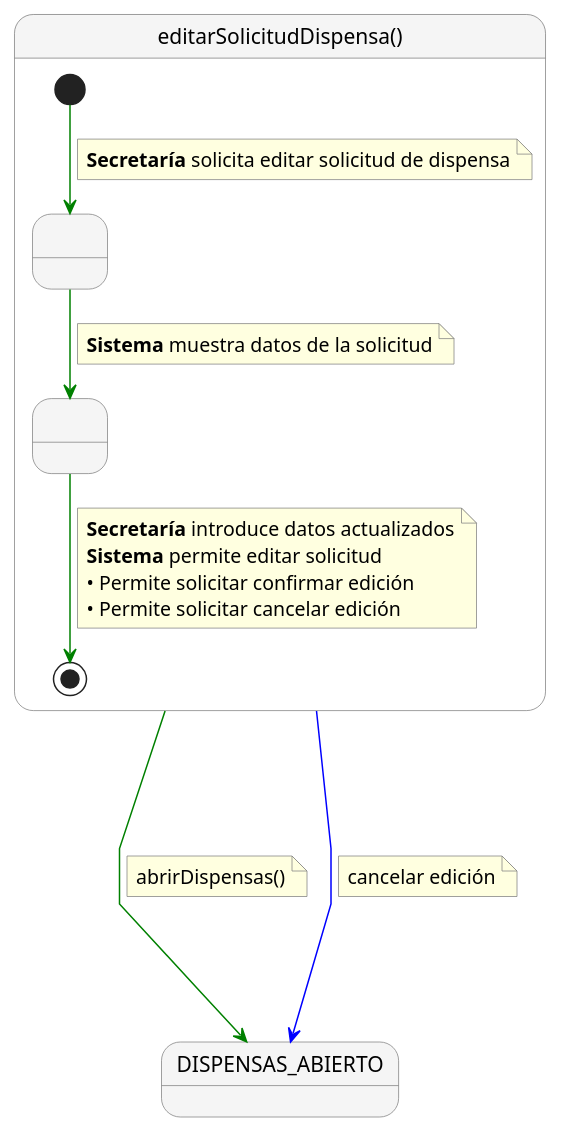
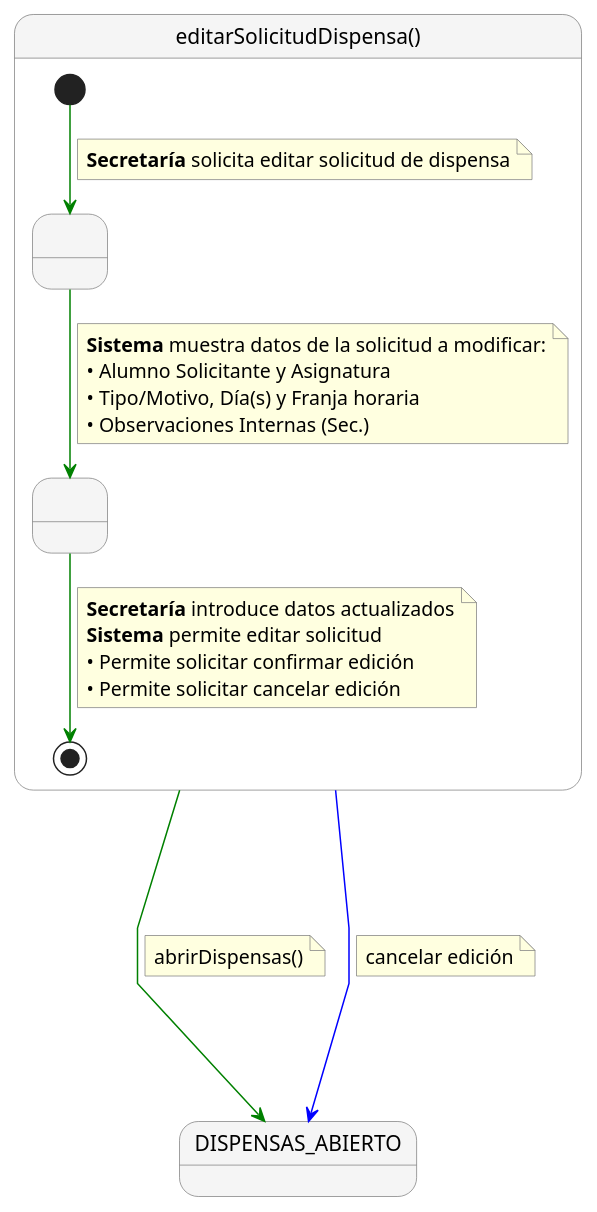
Before and after one commit to jerdier/25-26-idsw2-sdVC: the diagram in documents/requisitado/02-detalle/Secretaria/editarSolicitudDispensa.puml, drawn with PlantUML. The commit also changed 261 other files, not shown here.

```diff
--- a/documents/requisitado/02-detalle/Secretaria/editarSolicitudDispensa.puml
+++ b/documents/requisitado/02-detalle/Secretaria/editarSolicitudDispensa.puml
@@ -1,45 +1,48 @@
 @startuml
 skinparam nodesep 60
 skinparam ranksep 60
 skinparam linetype polyline
 skinparam NoteBackgroundColor lightyellow
 skinparam NoteBorderColor gray
 skinparam StateBackgroundColor #F5F5F5
 skinparam StateBorderColor gray
 
 state "editarSolicitudDispensa()" as editarSolicitudDispensa {
-
+   
     state " " as Paso1
     state " " as Paso2
-
+   
     [*] -[#green]-> Paso1
     note on link
       <b>Secretaría</b> solicita editar solicitud de dispensa
     end note
-
+   
     Paso1 -[#green]-> Paso2
     note on link
-      <b>Sistema</b> muestra datos de la solicitud
+      <b>Sistema</b> muestra datos de la solicitud a modificar:
+      • Alumno Solicitante y Asignatura
+      • Tipo/Motivo, Día(s) y Franja horaria
+      • Observaciones Internas (Sec.)
     end note
-
+   
     Paso2 -[#green]-> [*]
     note on link
       <b>Secretaría</b> introduce datos actualizados
       <b>Sistema</b> permite editar solicitud
       • Permite solicitar confirmar edición
       • Permite solicitar cancelar edición
     end note
 }
 
 state "DISPENSAS_ABIERTO" as DISPENSAS_ABIERTO
 
 editarSolicitudDispensa -[#green]---> DISPENSAS_ABIERTO
 note right on link
   abrirDispensas()
 end note
 
 editarSolicitudDispensa -[#blue]---> DISPENSAS_ABIERTO
 note right on link
   cancelar edición
 end note
 @enduml
```
